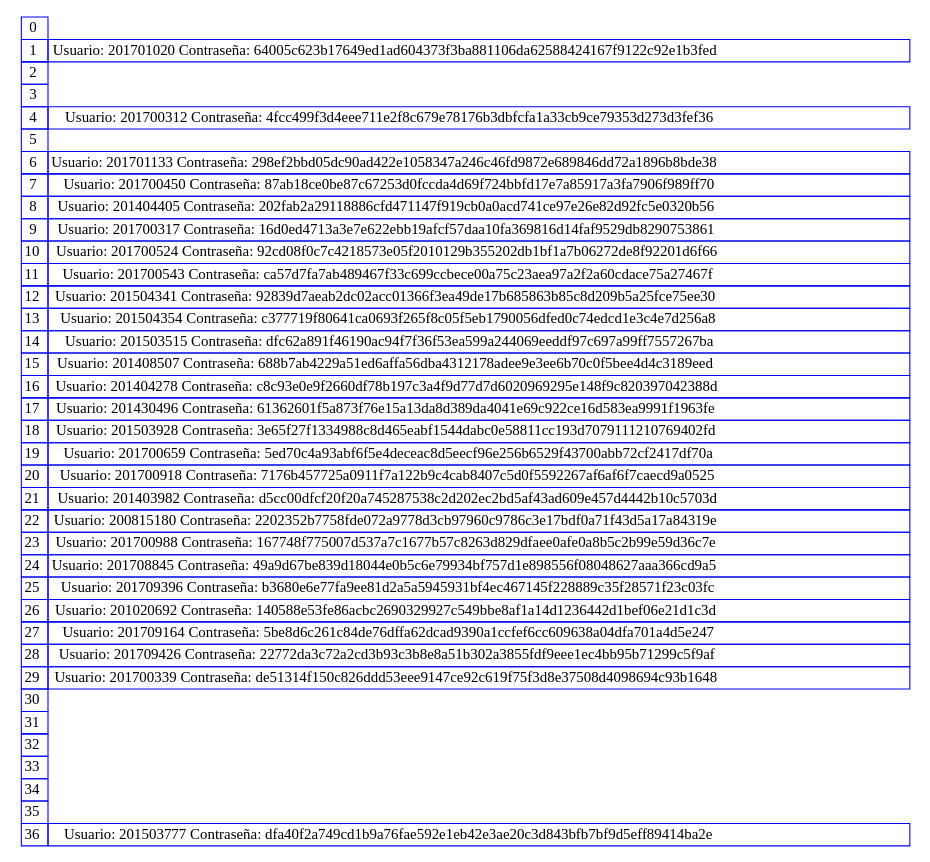
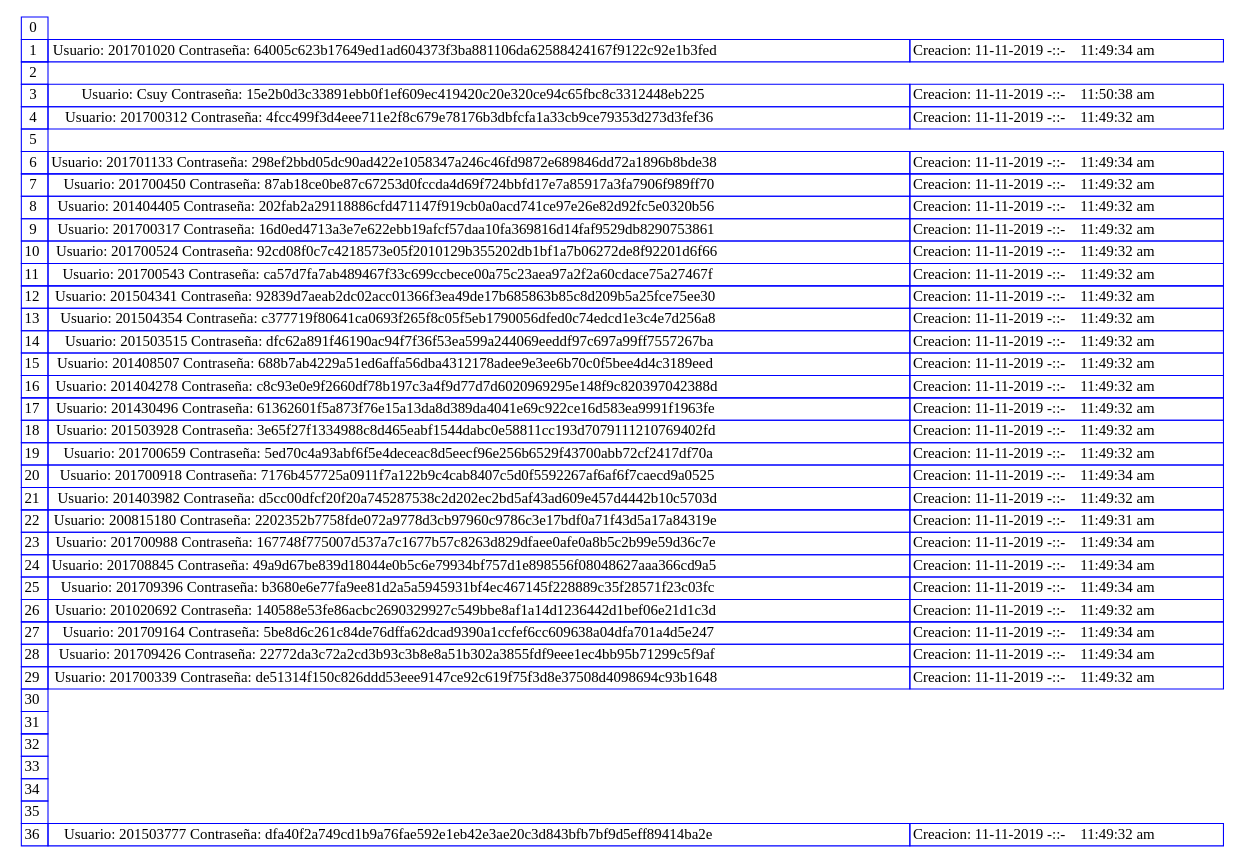
One commit to CSuy/EDD_2S2019_PY2_201700918 changed the diagram in Reportes/TablaHash.dot. Above: the diagram before and after it, drawn with Graphviz. The commit also changed 33 other files, not shown here.

```diff
--- a/Reportes/TablaHash.dot
+++ b/Reportes/TablaHash.dot
@@ -1,46 +1,46 @@
 digraph guia{ 
 tbl [
 shape=plaintext
 label=<
 <table border='0' cellborder='1' color='blue' cellspacing='0'>
 <tr><td>0</td></tr> 
-<tr><td>1</td><td>Usuario: 201701020 Contraseña: 64005c623b17649ed1ad604373f3ba881106da62588424167f9122c92e1b3fed</td></tr> 
+<tr><td>1</td><td>Usuario: 201701020 Contraseña: 64005c623b17649ed1ad604373f3ba881106da62588424167f9122c92e1b3fed</td><td> Creacion: 11-11-2019 -::-    11:49:34 am</td></tr> 
 <tr><td>2</td></tr> 
-<tr><td>3</td></tr> 
-<tr><td>4</td><td>Usuario: 201700312 Contraseña: 4fcc499f3d4eee711e2f8c679e78176b3dbfcfa1a33cb9ce79353d273d3fef36</td></tr> 
+<tr><td>3</td><td>Usuario: Csuy Contraseña: 15e2b0d3c33891ebb0f1ef609ec419420c20e320ce94c65fbc8c3312448eb225</td><td> Creacion: 11-11-2019 -::-    11:50:38 am</td></tr> 
+<tr><td>4</td><td>Usuario: 201700312 Contraseña: 4fcc499f3d4eee711e2f8c679e78176b3dbfcfa1a33cb9ce79353d273d3fef36</td><td> Creacion: 11-11-2019 -::-    11:49:32 am</td></tr> 
 <tr><td>5</td></tr> 
-<tr><td>6</td><td>Usuario: 201701133 Contraseña: 298ef2bbd05dc90ad422e1058347a246c46fd9872e689846dd72a1896b8bde38</td></tr> 
-<tr><td>7</td><td>Usuario: 201700450 Contraseña: 87ab18ce0be87c67253d0fccda4d69f724bbfd17e7a85917a3fa7906f989ff70</td></tr> 
-<tr><td>8</td><td>Usuario: 201404405 Contraseña: 202fab2a29118886cfd471147f919cb0a0acd741ce97e26e82d92fc5e0320b56</td></tr> 
-<tr><td>9</td><td>Usuario: 201700317 Contraseña: 16d0ed4713a3e7e622ebb19afcf57daa10fa369816d14faf9529db8290753861</td></tr> 
-<tr><td>10</td><td>Usuario: 201700524 Contraseña: 92cd08f0c7c4218573e05f2010129b355202db1bf1a7b06272de8f92201d6f66</td></tr> 
-<tr><td>11</td><td>Usuario: 201700543 Contraseña: ca57d7fa7ab489467f33c699ccbece00a75c23aea97a2f2a60cdace75a27467f</td></tr> 
-<tr><td>12</td><td>Usuario: 201504341 Contraseña: 92839d7aeab2dc02acc01366f3ea49de17b685863b85c8d209b5a25fce75ee30</td></tr> 
-<tr><td>13</td><td>Usuario: 201504354 Contraseña: c377719f80641ca0693f265f8c05f5eb1790056dfed0c74edcd1e3c4e7d256a8</td></tr> 
-<tr><td>14</td><td>Usuario: 201503515 Contraseña: dfc62a891f46190ac94f7f36f53ea599a244069eeddf97c697a99ff7557267ba</td></tr> 
-<tr><td>15</td><td>Usuario: 201408507 Contraseña: 688b7ab4229a51ed6affa56dba4312178adee9e3ee6b70c0f5bee4d4c3189eed</td></tr> 
-<tr><td>16</td><td>Usuario: 201404278 Contraseña: c8c93e0e9f2660df78b197c3a4f9d77d7d6020969295e148f9c820397042388d</td></tr> 
-<tr><td>17</td><td>Usuario: 201430496 Contraseña: 61362601f5a873f76e15a13da8d389da4041e69c922ce16d583ea9991f1963fe</td></tr> 
-<tr><td>18</td><td>Usuario: 201503928 Contraseña: 3e65f27f1334988c8d465eabf1544dabc0e58811cc193d7079111210769402fd</td></tr> 
-<tr><td>19</td><td>Usuario: 201700659 Contraseña: 5ed70c4a93abf6f5e4deceac8d5eecf96e256b6529f43700abb72cf2417df70a</td></tr> 
-<tr><td>20</td><td>Usuario: 201700918 Contraseña: 7176b457725a0911f7a122b9c4cab8407c5d0f5592267af6af6f7caecd9a0525</td></tr> 
-<tr><td>21</td><td>Usuario: 201403982 Contraseña: d5cc00dfcf20f20a745287538c2d202ec2bd5af43ad609e457d4442b10c5703d</td></tr> 
-<tr><td>22</td><td>Usuario: 200815180 Contraseña: 2202352b7758fde072a9778d3cb97960c9786c3e17bdf0a71f43d5a17a84319e</td></tr> 
-<tr><td>23</td><td>Usuario: 201700988 Contraseña: 167748f775007d537a7c1677b57c8263d829dfaee0afe0a8b5c2b99e59d36c7e</td></tr> 
-<tr><td>24</td><td>Usuario: 201708845 Contraseña: 49a9d67be839d18044e0b5c6e79934bf757d1e898556f08048627aaa366cd9a5</td></tr> 
-<tr><td>25</td><td>Usuario: 201709396 Contraseña: b3680e6e77fa9ee81d2a5a5945931bf4ec467145f228889c35f28571f23c03fc</td></tr> 
-<tr><td>26</td><td>Usuario: 201020692 Contraseña: 140588e53fe86acbc2690329927c549bbe8af1a14d1236442d1bef06e21d1c3d</td></tr> 
-<tr><td>27</td><td>Usuario: 201709164 Contraseña: 5be8d6c261c84de76dffa62dcad9390a1ccfef6cc609638a04dfa701a4d5e247</td></tr> 
-<tr><td>28</td><td>Usuario: 201709426 Contraseña: 22772da3c72a2cd3b93c3b8e8a51b302a3855fdf9eee1ec4bb95b71299c5f9af</td></tr> 
-<tr><td>29</td><td>Usuario: 201700339 Contraseña: de51314f150c826ddd53eee9147ce92c619f75f3d8e37508d4098694c93b1648</td></tr> 
+<tr><td>6</td><td>Usuario: 201701133 Contraseña: 298ef2bbd05dc90ad422e1058347a246c46fd9872e689846dd72a1896b8bde38</td><td> Creacion: 11-11-2019 -::-    11:49:34 am</td></tr> 
+<tr><td>7</td><td>Usuario: 201700450 Contraseña: 87ab18ce0be87c67253d0fccda4d69f724bbfd17e7a85917a3fa7906f989ff70</td><td> Creacion: 11-11-2019 -::-    11:49:32 am</td></tr> 
+<tr><td>8</td><td>Usuario: 201404405 Contraseña: 202fab2a29118886cfd471147f919cb0a0acd741ce97e26e82d92fc5e0320b56</td><td> Creacion: 11-11-2019 -::-    11:49:32 am</td></tr> 
+<tr><td>9</td><td>Usuario: 201700317 Contraseña: 16d0ed4713a3e7e622ebb19afcf57daa10fa369816d14faf9529db8290753861</td><td> Creacion: 11-11-2019 -::-    11:49:32 am</td></tr> 
+<tr><td>10</td><td>Usuario: 201700524 Contraseña: 92cd08f0c7c4218573e05f2010129b355202db1bf1a7b06272de8f92201d6f66</td><td> Creacion: 11-11-2019 -::-    11:49:32 am</td></tr> 
+<tr><td>11</td><td>Usuario: 201700543 Contraseña: ca57d7fa7ab489467f33c699ccbece00a75c23aea97a2f2a60cdace75a27467f</td><td> Creacion: 11-11-2019 -::-    11:49:32 am</td></tr> 
+<tr><td>12</td><td>Usuario: 201504341 Contraseña: 92839d7aeab2dc02acc01366f3ea49de17b685863b85c8d209b5a25fce75ee30</td><td> Creacion: 11-11-2019 -::-    11:49:32 am</td></tr> 
+<tr><td>13</td><td>Usuario: 201504354 Contraseña: c377719f80641ca0693f265f8c05f5eb1790056dfed0c74edcd1e3c4e7d256a8</td><td> Creacion: 11-11-2019 -::-    11:49:32 am</td></tr> 
+<tr><td>14</td><td>Usuario: 201503515 Contraseña: dfc62a891f46190ac94f7f36f53ea599a244069eeddf97c697a99ff7557267ba</td><td> Creacion: 11-11-2019 -::-    11:49:32 am</td></tr> 
+<tr><td>15</td><td>Usuario: 201408507 Contraseña: 688b7ab4229a51ed6affa56dba4312178adee9e3ee6b70c0f5bee4d4c3189eed</td><td> Creacion: 11-11-2019 -::-    11:49:32 am</td></tr> 
+<tr><td>16</td><td>Usuario: 201404278 Contraseña: c8c93e0e9f2660df78b197c3a4f9d77d7d6020969295e148f9c820397042388d</td><td> Creacion: 11-11-2019 -::-    11:49:32 am</td></tr> 
+<tr><td>17</td><td>Usuario: 201430496 Contraseña: 61362601f5a873f76e15a13da8d389da4041e69c922ce16d583ea9991f1963fe</td><td> Creacion: 11-11-2019 -::-    11:49:32 am</td></tr> 
+<tr><td>18</td><td>Usuario: 201503928 Contraseña: 3e65f27f1334988c8d465eabf1544dabc0e58811cc193d7079111210769402fd</td><td> Creacion: 11-11-2019 -::-    11:49:32 am</td></tr> 
+<tr><td>19</td><td>Usuario: 201700659 Contraseña: 5ed70c4a93abf6f5e4deceac8d5eecf96e256b6529f43700abb72cf2417df70a</td><td> Creacion: 11-11-2019 -::-    11:49:32 am</td></tr> 
+<tr><td>20</td><td>Usuario: 201700918 Contraseña: 7176b457725a0911f7a122b9c4cab8407c5d0f5592267af6af6f7caecd9a0525</td><td> Creacion: 11-11-2019 -::-    11:49:34 am</td></tr> 
+<tr><td>21</td><td>Usuario: 201403982 Contraseña: d5cc00dfcf20f20a745287538c2d202ec2bd5af43ad609e457d4442b10c5703d</td><td> Creacion: 11-11-2019 -::-    11:49:32 am</td></tr> 
+<tr><td>22</td><td>Usuario: 200815180 Contraseña: 2202352b7758fde072a9778d3cb97960c9786c3e17bdf0a71f43d5a17a84319e</td><td> Creacion: 11-11-2019 -::-    11:49:31 am</td></tr> 
+<tr><td>23</td><td>Usuario: 201700988 Contraseña: 167748f775007d537a7c1677b57c8263d829dfaee0afe0a8b5c2b99e59d36c7e</td><td> Creacion: 11-11-2019 -::-    11:49:34 am</td></tr> 
+<tr><td>24</td><td>Usuario: 201708845 Contraseña: 49a9d67be839d18044e0b5c6e79934bf757d1e898556f08048627aaa366cd9a5</td><td> Creacion: 11-11-2019 -::-    11:49:34 am</td></tr> 
+<tr><td>25</td><td>Usuario: 201709396 Contraseña: b3680e6e77fa9ee81d2a5a5945931bf4ec467145f228889c35f28571f23c03fc</td><td> Creacion: 11-11-2019 -::-    11:49:34 am</td></tr> 
+<tr><td>26</td><td>Usuario: 201020692 Contraseña: 140588e53fe86acbc2690329927c549bbe8af1a14d1236442d1bef06e21d1c3d</td><td> Creacion: 11-11-2019 -::-    11:49:32 am</td></tr> 
+<tr><td>27</td><td>Usuario: 201709164 Contraseña: 5be8d6c261c84de76dffa62dcad9390a1ccfef6cc609638a04dfa701a4d5e247</td><td> Creacion: 11-11-2019 -::-    11:49:34 am</td></tr> 
+<tr><td>28</td><td>Usuario: 201709426 Contraseña: 22772da3c72a2cd3b93c3b8e8a51b302a3855fdf9eee1ec4bb95b71299c5f9af</td><td> Creacion: 11-11-2019 -::-    11:49:34 am</td></tr> 
+<tr><td>29</td><td>Usuario: 201700339 Contraseña: de51314f150c826ddd53eee9147ce92c619f75f3d8e37508d4098694c93b1648</td><td> Creacion: 11-11-2019 -::-    11:49:32 am</td></tr> 
 <tr><td>30</td></tr> 
 <tr><td>31</td></tr> 
 <tr><td>32</td></tr> 
 <tr><td>33</td></tr> 
 <tr><td>34</td></tr> 
 <tr><td>35</td></tr> 
-<tr><td>36</td><td>Usuario: 201503777 Contraseña: dfa40f2a749cd1b9a76fae592e1eb42e3ae20c3d843bfb7bf9d5eff89414ba2e</td></tr> 
+<tr><td>36</td><td>Usuario: 201503777 Contraseña: dfa40f2a749cd1b9a76fae592e1eb42e3ae20c3d843bfb7bf9d5eff89414ba2e</td><td> Creacion: 11-11-2019 -::-    11:49:32 am</td></tr> 
 
 </table>
 >];
 }
```
